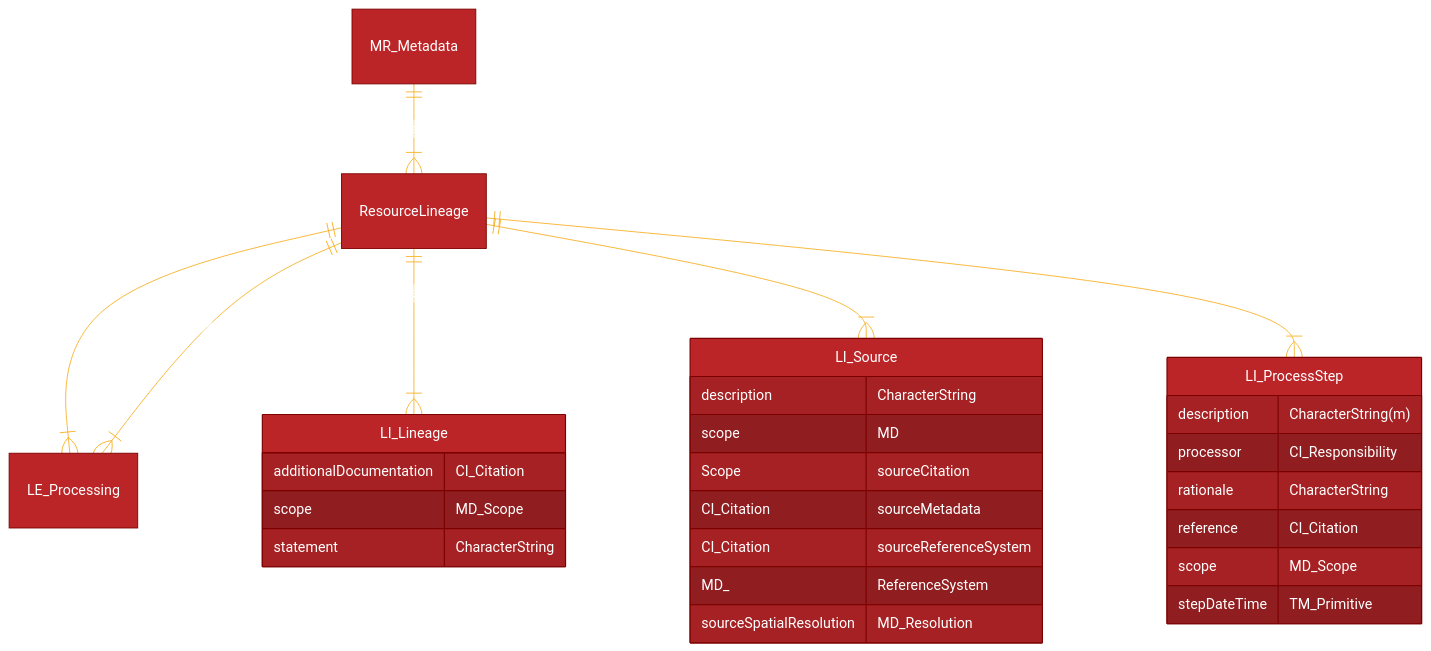
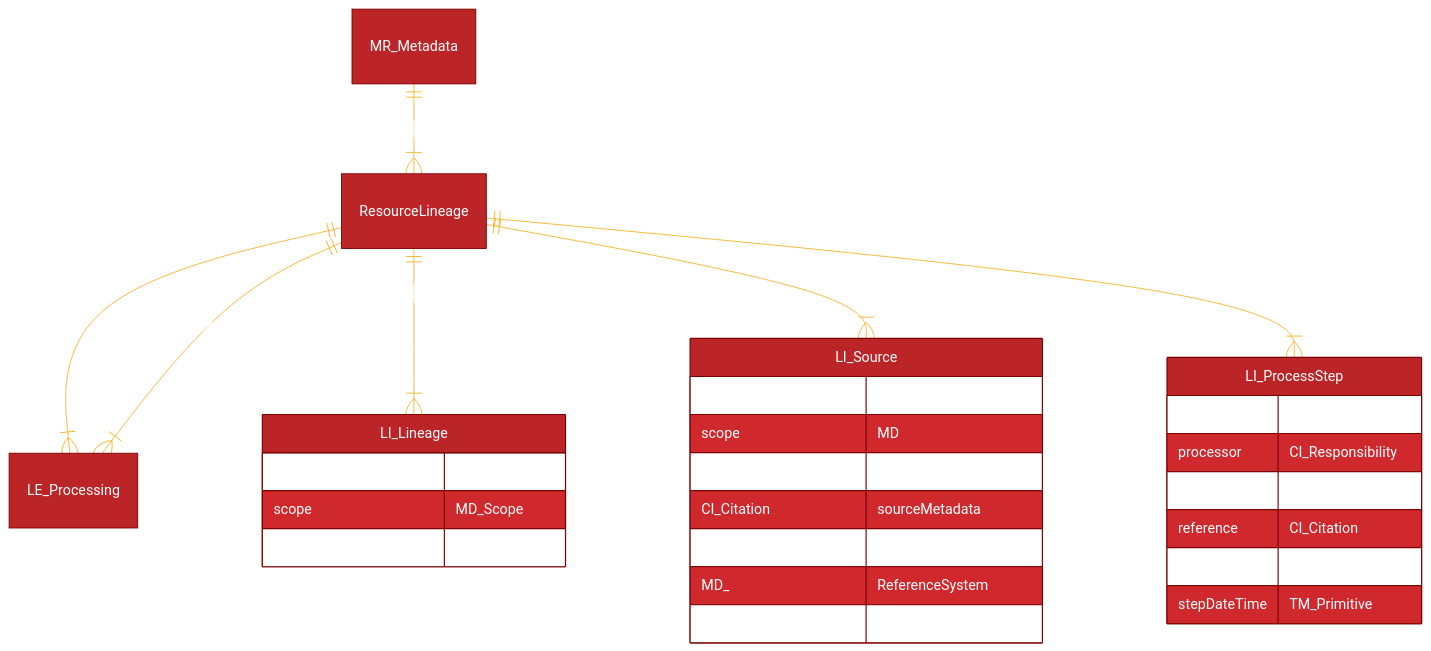
The diagram in docs/source/references/iso/mrl/LI_Lineage.mmd (fgdcgov/sdi), drawn with Mermaid before and after one commit.

```diff
--- a/docs/source/references/iso/mrl/LI_Lineage.mmd
+++ b/docs/source/references/iso/mrl/LI_Lineage.mmd
@@ -1,56 +1,55 @@
 %%{
   init: {
     'theme': 'base',
     'themeVariables': {
-      'darkMode': 'true',
       'primaryColor': '#BB2528',
       'primaryTextColor': '#fff',
       'primaryBorderColor': '#7C0000',
       'lineColor': '#F8B229',
       'secondaryColor': '#006100',
       'tertiaryColor': '#fff',
       'textColor': '#000'
     }
   }
 }%%
 erDiagram
 %% use this link to find the standard 
 %%https//schemas.isotc211.org/19115/-3/mrl/2.0/
 %% https//schemas.isotc211.org/19115/-3/mrl/2.0/mrl/#element_LE_Algorithm
 
 %% Identify the first level hierarchy
 MR_Metadata
 MR_Metadata ||--|{ResourceLineage : "has"
 
 %% Identify the second level hierarchy
 
 ResourceLineage
 
     ResourceLineage ||--|{LE_Processing : "has"
     ResourceLineage ||--|{LI_Lineage : "has"
     ResourceLineage ||--|{LI_Source : "has"
     ResourceLineage ||--|{LI_ProcessStep : "has"
     ResourceLineage ||--|{LE_Processing : "has"
     
     LE_Processing
     LI_ProcessStep {
         description CharacterString(m)
         processor  CI_Responsibility
         rationale CharacterString
         reference CI_Citation
         scope MD_Scope
         stepDateTime TM_Primitive
     }
     LI_Source {
         description CharacterString 
         scope MD Scope
         sourceCitation CI_Citation
         sourceMetadata CI_Citation
         sourceReferenceSystem MD_ ReferenceSystem
         sourceSpatialResolution MD_Resolution
     }
     LI_Lineage {
         additionalDocumentation CI_Citation
         scope MD_Scope 
         statement CharacterString 
     }
```
